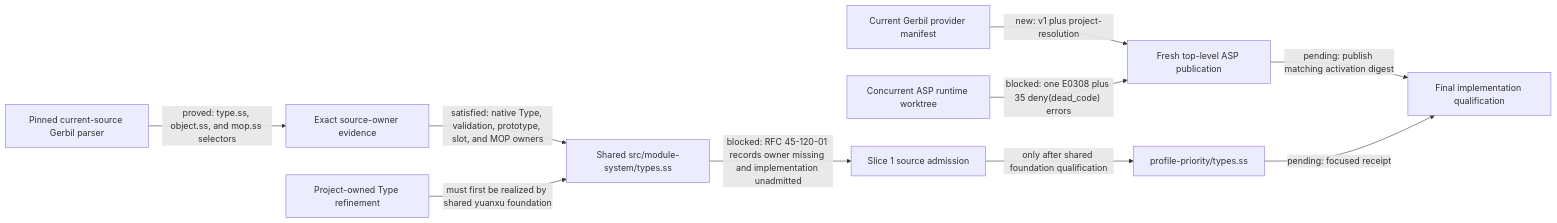
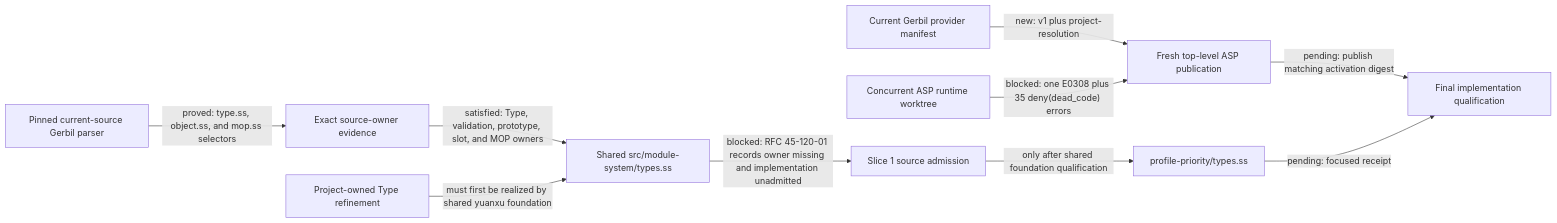
The fifth of 6 diagrams in module-system/design/45-120-48-profile-priority-value-and-contract-refinement.org (tao3k/gebril-yuanxu), drawn with Mermaid before and after one commit. The commit also changed other lines of this file and 1469 other files, not shown here.

```diff
--- a/module-system/design/45-120-48-profile-priority-value-and-contract-refinement.org
+++ b/module-system/design/45-120-48-profile-priority-value-and-contract-refinement.org
@@ -533,12 +533,12 @@
 #+begin_src mermaid
 flowchart LR
   Manifest["Current Gerbil provider manifest"] -->|"new: v1 plus project-resolution"| FreshAsp["Fresh top-level ASP publication"]
   Runtime["Concurrent ASP runtime worktree"] -->|"blocked: one E0308 plus 35 deny(dead_code) errors"| FreshAsp
   FreshAsp -->|"pending: publish matching activation digest"| Qualification["Final implementation qualification"]
   Pinned["Pinned current-source Gerbil parser"] -->|"proved: type.ss, object.ss, and mop.ss selectors"| Owners["Exact source-owner evidence"]
-  Owners -->|"satisfied: native Type, validation, prototype, slot, and MOP owners"| Foundation["Shared src/module-system/types.ss"]
+  Owners -->|"satisfied: Type, validation, prototype, slot, and MOP owners"| Foundation["Shared src/module-system/types.ss"]
   Foundation -->|"blocked: RFC 45-120-01 records owner missing and implementation unadmitted"| Slice1["Slice 1 source admission"]
   Contract["Project-owned Type refinement"] -->|"must first be realized by shared yuanxu foundation"| Foundation
   Slice1 -->|"only after shared foundation qualification"| Types["profile-priority/types.ss"]
   Types -->|"pending: focused receipt"| Qualification
 #+end_src
```
